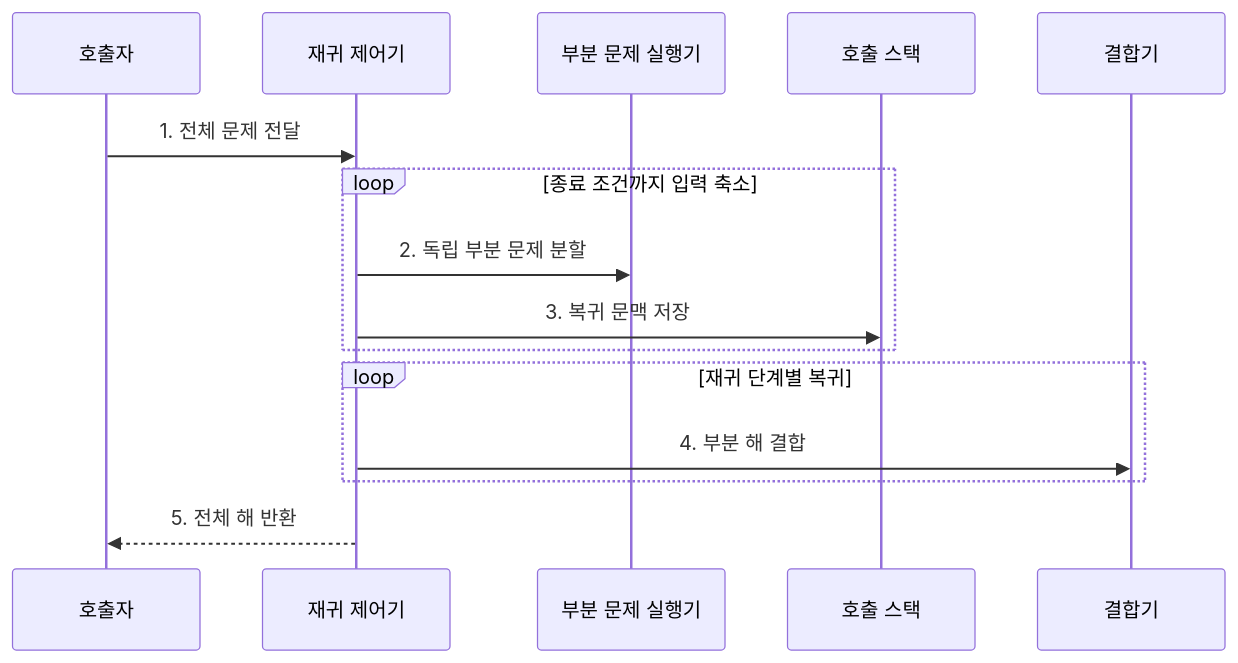
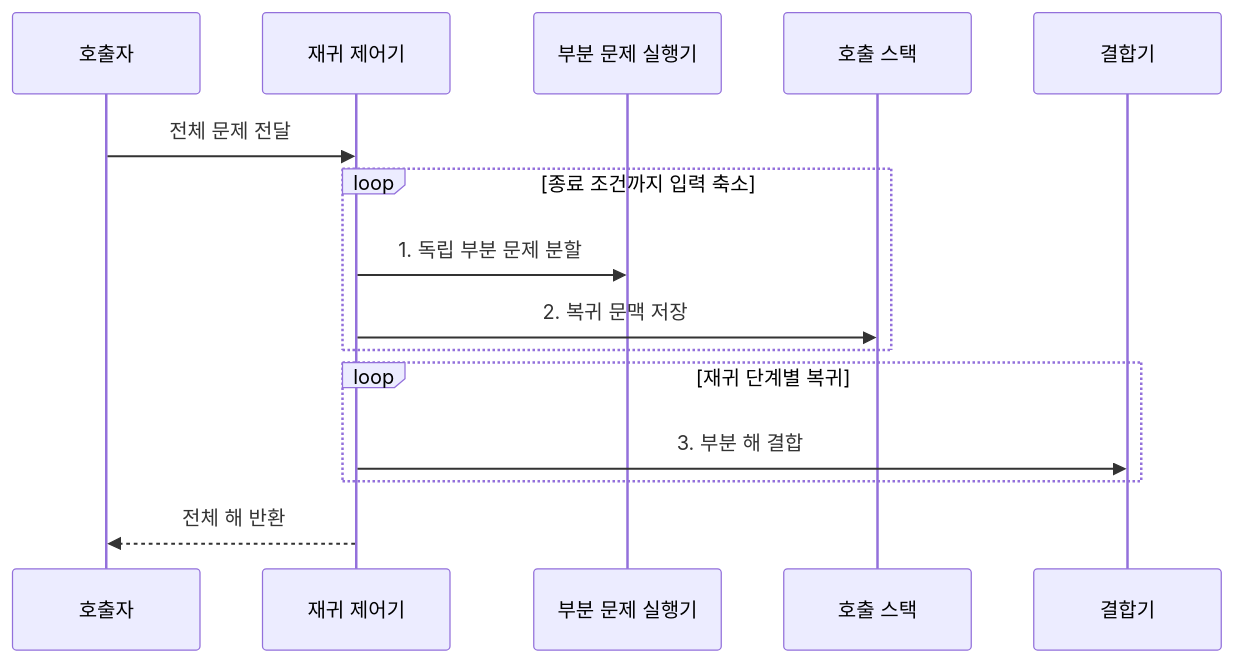
The second of 2 diagrams in src/content/docs/notes/01-basic-theory/014_divide_and_conquer.md (agnusdei1207/knowledge-base), drawn with Mermaid before and after one commit. The commit also changed other lines of this file and 17 other files, not shown here.

````diff
--- a/src/content/docs/notes/01-basic-theory/014_divide_and_conquer.md
+++ b/src/content/docs/notes/01-basic-theory/014_divide_and_conquer.md
@@ -87,17 +87,17 @@
 ```mermaid
 sequenceDiagram
     participant Q as 호출자
     participant R as 재귀 제어기
     participant P as 부분 문제 실행기
     participant S as 호출 스택
     participant C as 결합기
-    Q->>R: 1. 전체 문제 전달
+    Q->>R: 전체 문제 전달
     loop 종료 조건까지 입력 축소
-        R->>P: 2. 독립 부분 문제 분할
-        R->>S: 3. 복귀 문맥 저장
+        R->>P: 1. 독립 부분 문제 분할
+        R->>S: 2. 복귀 문맥 저장
     end
     loop 재귀 단계별 복귀
-        R->>C: 4. 부분 해 결합
+        R->>C: 3. 부분 해 결합
     end
-    R-->>Q: 5. 전체 해 반환
+    R-->>Q: 전체 해 반환
 ```
````
